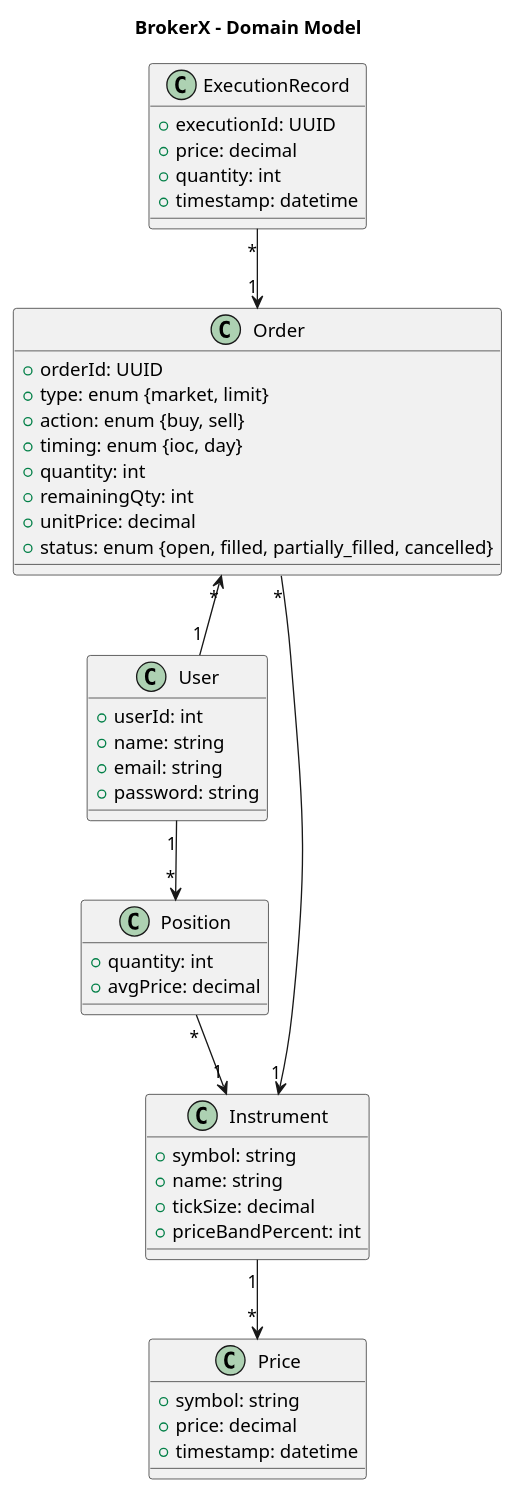
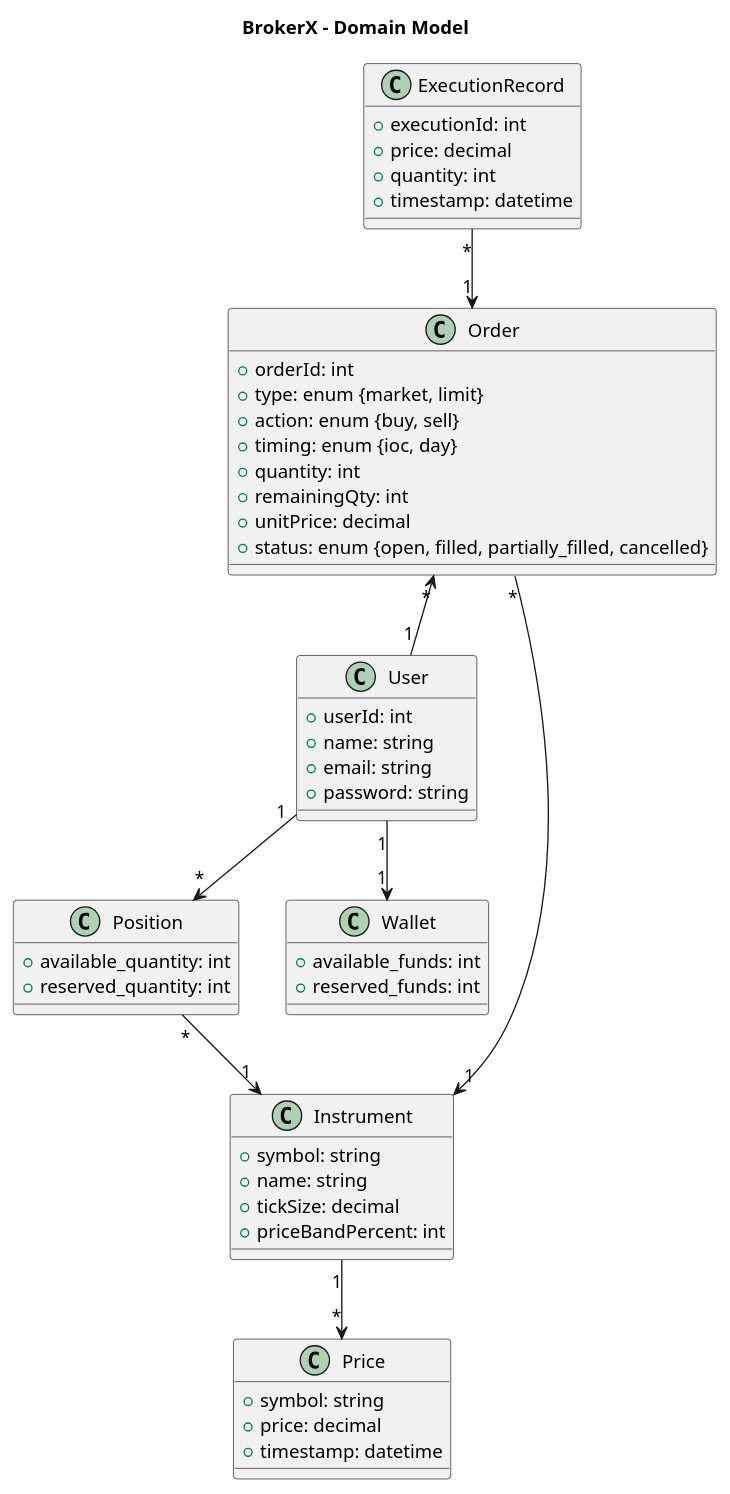
Before and after one commit to cjayneb/log430-project: the diagram in docs/class_diagram.puml, drawn with PlantUML. The commit also changed 46 other files, not shown here.

```diff
--- a/docs/class_diagram.puml
+++ b/docs/class_diagram.puml
@@ -1,55 +1,61 @@
 @startuml
 title BrokerX - Domain Model
 
 class User {
   +userId: int
   +name: string
   +email: string
   +password: string
 }
 
 class Position {
-  +quantity: int
-  +avgPrice: decimal
+  +available_quantity: int
+  +reserved_quantity: int
+}
+
+class Wallet {
+  +available_funds: int
+  +reserved_funds: int
 }
 
 class Instrument {
   +symbol: string
   +name: string
   +tickSize: decimal
   +priceBandPercent: int
 }
 
 class Order {
-  +orderId: UUID
+  +orderId: int
   +type: enum {market, limit}
   +action: enum {buy, sell}
   +timing: enum {ioc, day}
   +quantity: int
   +remainingQty: int
   +unitPrice: decimal
   +status: enum {open, filled, partially_filled, cancelled}
 }
 
 class ExecutionRecord {
-  +executionId: UUID
+  +executionId: int
   +price: decimal
   +quantity: int
   +timestamp: datetime
 }
 
 class Price {
   +symbol: string
   +price: decimal
   +timestamp: datetime
 }
 
 ' Relationships
 User "1" --> "*" Position
+User "1" --> "1" Wallet
 Position "*" --> "1" Instrument
 Order "*" <-- "1" User
 Order "*" --> "1" Instrument
 ExecutionRecord "*" --> "1" Order
 Instrument "1" --> "*" Price
 
 @enduml
```
